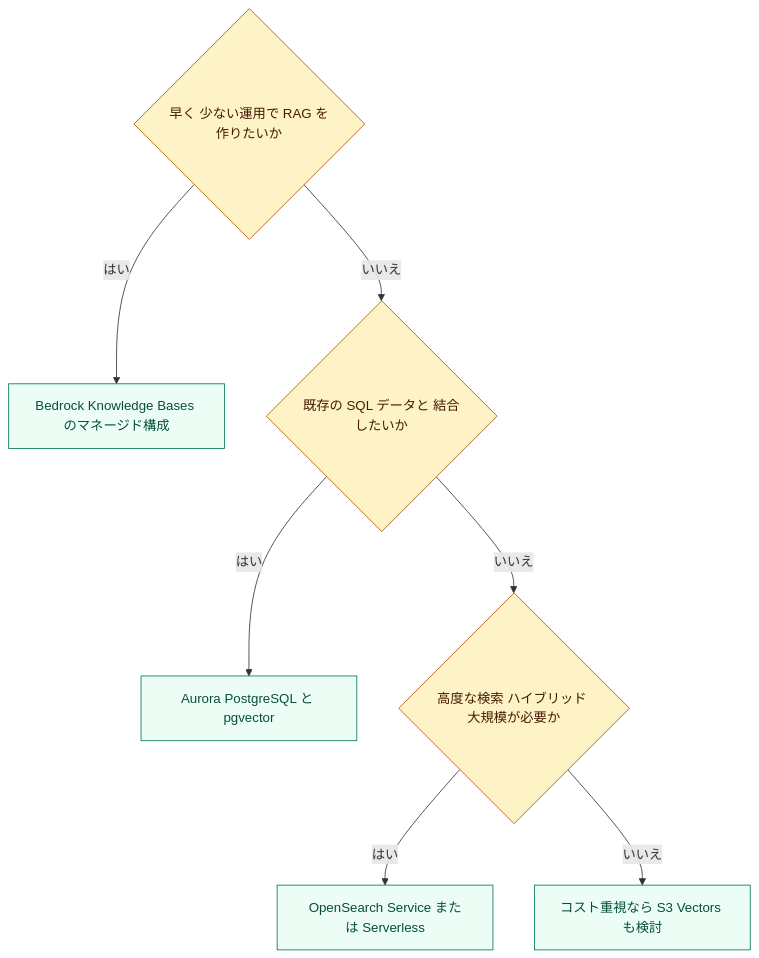
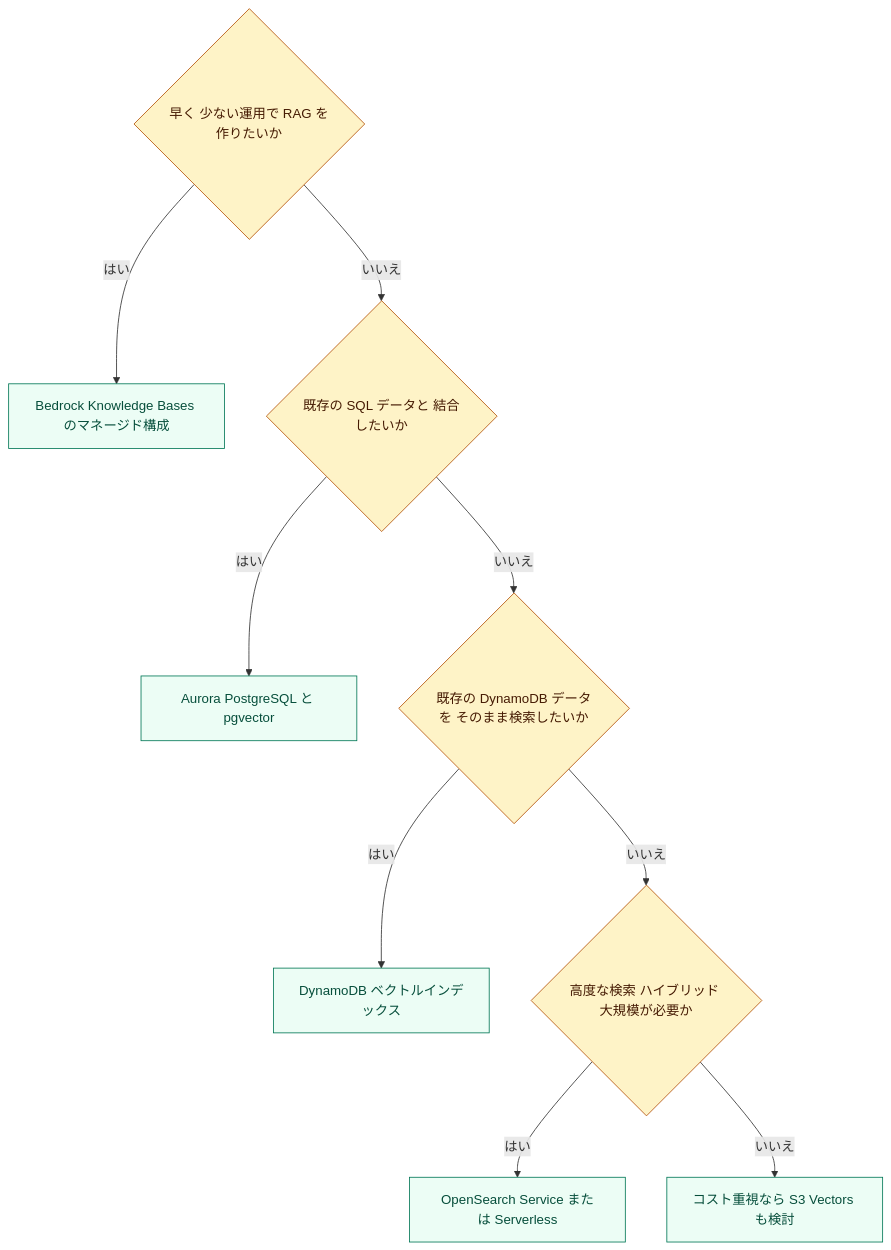
Before and after one commit to myoshi2891/Cloud-Infrastructure-and-Network-Studies: the tenth of 21 diagrams in Aws-aip-c01-domain1-guide.md, drawn with Mermaid.

Commit message:
docs(aws): add DynamoDB vector index to vector store selection flowchart in AIP domain 1

````diff
--- a/Aws-aip-c01-domain1-guide.md
+++ b/Aws-aip-c01-domain1-guide.md
@@ -591,14 +591,16 @@
 ```mermaid
 flowchart TD
     A{"早く 少ない運用で RAG を作りたいか"} -->|"はい"| B["Bedrock Knowledge Bases のマネージド構成"]
     A -->|"いいえ"| C{"既存の SQL データと 結合したいか"}
     C -->|"はい"| D["Aurora PostgreSQL と pgvector"]
-    C -->|"いいえ"| E{"高度な検索 ハイブリッド 大規模が必要か"}
+    C -->|"いいえ"| H{"既存の DynamoDB データを そのまま検索したいか"}
+    H -->|"はい"| I["DynamoDB ベクトルインデックス"]
+    H -->|"いいえ"| E{"高度な検索 ハイブリッド 大規模が必要か"}
     E -->|"はい"| F["OpenSearch Service または Serverless"]
     E -->|"いいえ"| G["コスト重視なら S3 Vectors も検討"]
     classDef box fill:#eef2ff,stroke:#4f46e5,color:#1e1b4b
     classDef hub fill:#fef3c7,stroke:#b45309,color:#451a03
     classDef done fill:#ecfdf5,stroke:#047857,color:#064e3b
-    class A,C,E hub
-    class B,D,F,G done
+    class A,C,H,E hub
+    class B,D,I,F,G done
 ```
````
